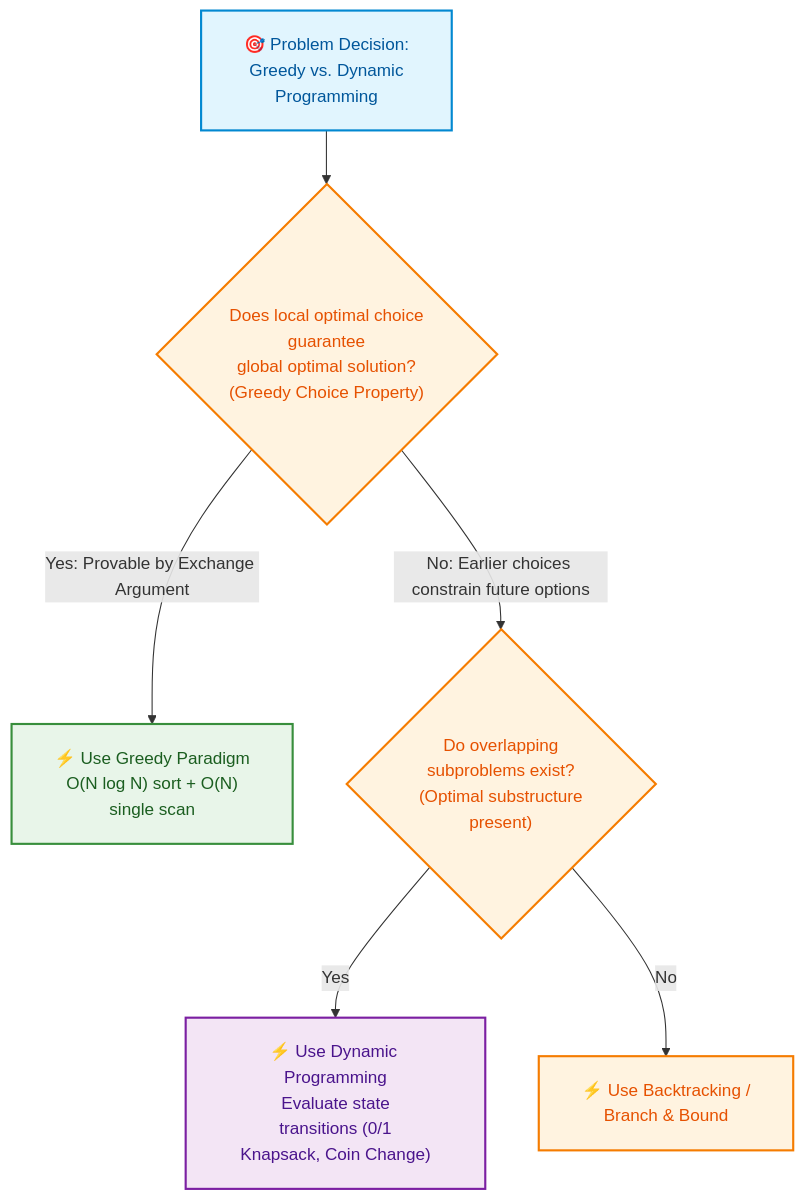
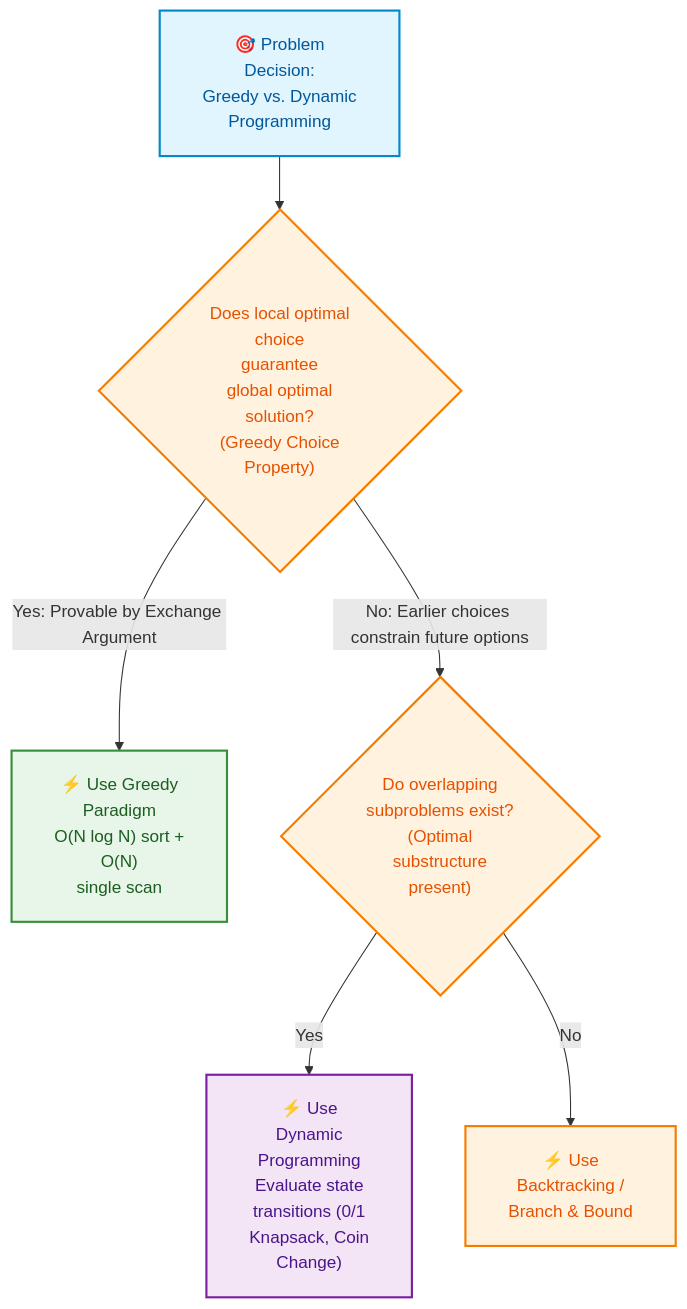
One commit to dip4k/DSA_102 changed the second of 4 diagrams in week_12_greedy_and_paradigms/Week_12_Visual_Concepts_Playbook_HYBRID.md. Above: the diagram before and after it, drawn with Mermaid. The commit also changed other lines of this file and 106 other files, not shown here.

First line of the commit message:
fix(mermaid): prevent text clipping with foreignObject overflow and tighter line wrapping

````diff
--- a/week_12_greedy_and_paradigms/Week_12_Visual_Concepts_Playbook_HYBRID.md
+++ b/week_12_greedy_and_paradigms/Week_12_Visual_Concepts_Playbook_HYBRID.md
@@ -93,15 +93,15 @@
 ```mermaid
-%%{init: {"flowchart": {"htmlLabels": true, "padding": 20}}}%%
+%%{init: {"flowchart": {"htmlLabels": true, "padding": 20}, "themeCSS": "foreignObject { overflow: visible !important; }"}}%%
 flowchart TD
     classDef start fill:#e1f5fe,stroke:#0288d1,color:#01579b,stroke-width:2px;
     classDef choice fill:#fff3e0,stroke:#f57c00,color:#e65100,stroke-width:2px;
     classDef gr fill:#e8f5e9,stroke:#388e3c,color:#1b5e20,stroke-width:2px;
     classDef dp fill:#f3e5f5,stroke:#7b1fa2,color:#4a148c,stroke-width:2px;
 
-    R["🎯 Problem Decision:<br/>Greedy vs. Dynamic<br/>Programming"]:::start
-    R --> Q1{"Does local optimal choice<br/>guarantee<br/>global optimal solution?<br/>(Greedy Choice Property)"}:::choice
-    Q1 -->|Yes: Provable by Exchange Argument| G["⚡ Use Greedy Paradigm<br/>O(N log N) sort + O(N)<br/>single scan"]:::gr
-    Q1 -->|No: Earlier choices constrain future options| Q2{"Do overlapping<br/>subproblems exist?<br/>(Optimal substructure<br/>present)"}:::choice
-    Q2 -->|Yes| D["⚡ Use Dynamic Programming<br/>Evaluate state<br/>transitions (0/1<br/>Knapsack, Coin Change)"]:::dp
-    Q2 -->|No| B["⚡ Use Backtracking /<br/>Branch & Bound"]:::choice
+    R["🎯 Problem<br/>Decision:<br/>Greedy vs. Dynamic<br/>Programming"]:::start
+    R --> Q1{"Does local optimal<br/>choice<br/>guarantee<br/>global optimal<br/>solution?<br/>(Greedy Choice<br/>Property)"}:::choice
+    Q1 -->|Yes: Provable by Exchange Argument| G["⚡ Use Greedy<br/>Paradigm<br/>O(N log N) sort +<br/>O(N)<br/>single scan"]:::gr
+    Q1 -->|No: Earlier choices constrain future options| Q2{"Do overlapping<br/>subproblems exist?<br/>(Optimal<br/>substructure<br/>present)"}:::choice
+    Q2 -->|Yes| D["⚡ Use<br/>Dynamic<br/>Programming<br/>Evaluate state<br/>transitions (0/1<br/>Knapsack, Coin<br/>Change)"]:::dp
+    Q2 -->|No| B["⚡ Use<br/>Backtracking /<br/>Branch & Bound"]:::choice
 ```
````
